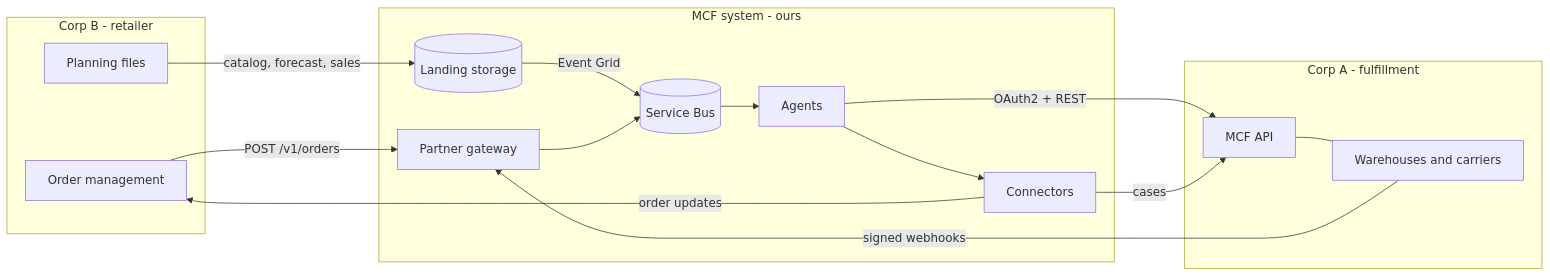
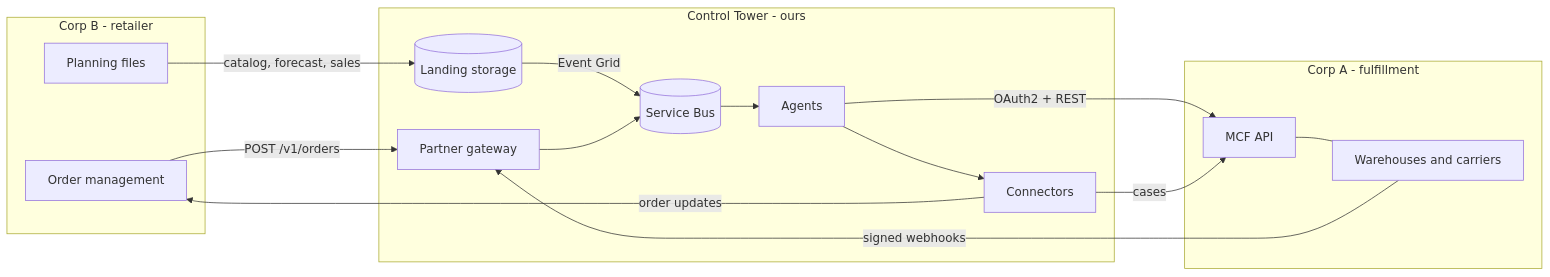
Before and after one commit to taojian-feng/mcf: the diagram in docs/PARTNER_APIS.md, drawn with Mermaid. The commit also changed other lines of this file and 45 other files, not shown here.

First line of the commit message:
Rename the system to Logistics Control Tower (package mcf -> tower)

````diff
--- a/docs/PARTNER_APIS.md
+++ b/docs/PARTNER_APIS.md
@@ -8,28 +8,28 @@
 ```mermaid
 flowchart LR
   subgraph CorpB[Corp B - retailer]
     OMS[Order management]
     FILES[Planning files]
   end
-  subgraph MCF[MCF system - ours]
+  subgraph CT[Control Tower - ours]
     GW[Partner gateway]
     BUS[(Service Bus)]
     AG[Agents]
     CON[Connectors]
     LAND[(Landing storage)]
   end
   subgraph CorpA[Corp A - fulfillment]
     API[MCF API]
     WH[Warehouses and carriers]
   end
   OMS -- POST /v1/orders --> GW
   FILES -- catalog, forecast, sales --> LAND
   LAND -- Event Grid --> BUS
   GW --> BUS --> AG
   AG -- OAuth2 + REST --> API
   API --- WH
   WH -- signed webhooks --> GW
   AG --> CON
   CON -- order updates --> OMS
   CON -- cases --> API
 ```
````
